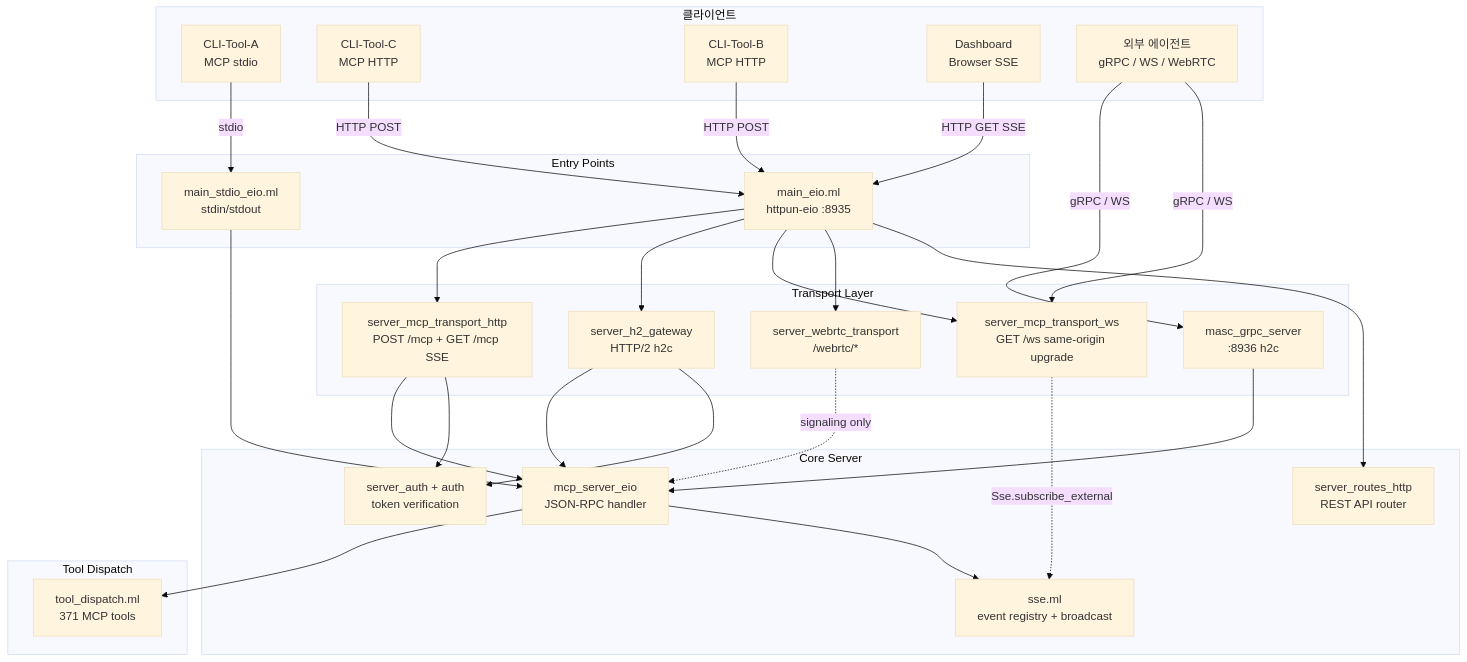
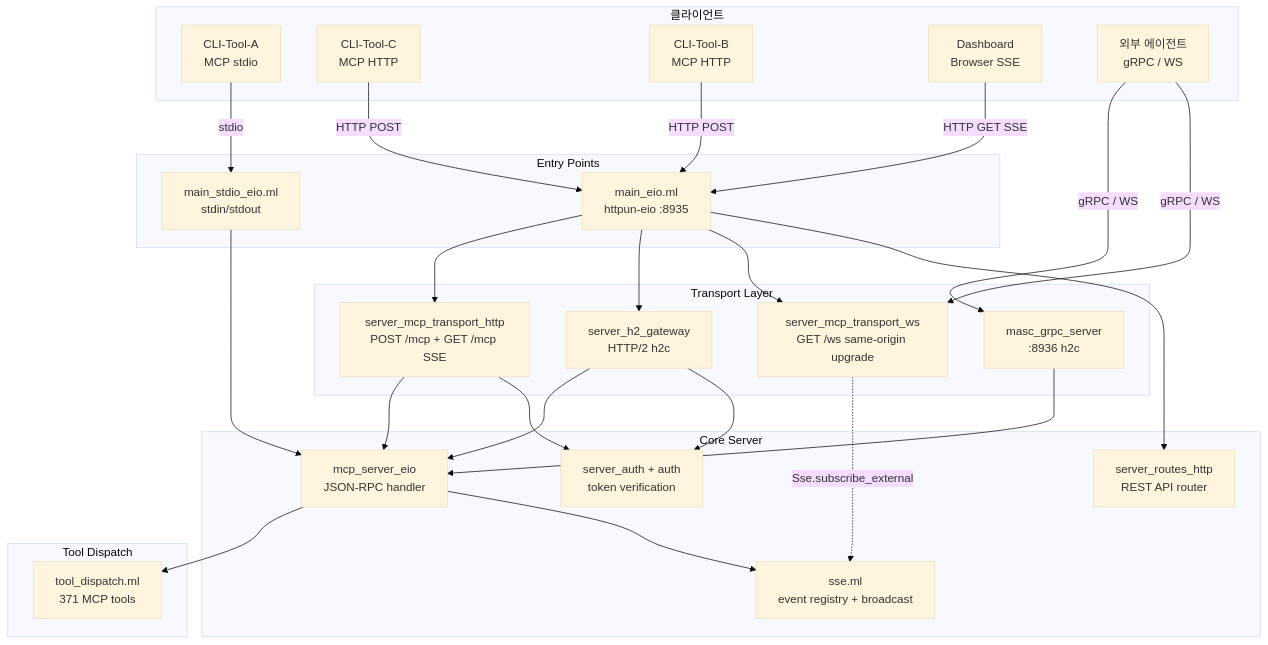
The first of 3 diagrams in docs/spec/09-server-transport.md (jeong-sik/masc), drawn with Mermaid (base theme) before and after one commit. The commit also changed other lines of this file and 74 other files, not shown here.

First line of the commit message:
refactor(transport): remove the WebRTC transport

````diff
--- a/docs/spec/09-server-transport.md
+++ b/docs/spec/09-server-transport.md
@@ -44,53 +44,51 @@
 ```mermaid
 graph TB
     subgraph Clients["클라이언트"]
         CC[CLI-Tool-A<br/>MCP stdio]
         GC[CLI-Tool-C<br/>MCP HTTP]
         CX[CLI-Tool-B<br/>MCP HTTP]
         DB[Dashboard<br/>Browser SSE]
-        EXT[외부 에이전트<br/>gRPC / WS / WebRTC]
+        EXT[외부 에이전트<br/>gRPC / WS]
     end
 
     subgraph EntryPoints["Entry Points"]
         STDIO[main_stdio_eio.ml<br/>stdin/stdout]
         HTTP[main_eio.ml<br/>httpun-eio :8935]
     end
 
     subgraph TransportLayer["Transport Layer"]
         MCP_HTTP[server_mcp_transport_http<br/>POST /mcp + GET /mcp SSE]
         H2_GW[server_h2_gateway<br/>HTTP/2 h2c]
         WS_T[server_mcp_transport_ws<br/>GET /ws same-origin upgrade]
         GRPC_S[masc_grpc_server<br/>:8936 h2c]
-        WEBRTC[server_webrtc_transport<br/>/webrtc/*]
     end
 
     subgraph CoreServer["Core Server"]
         MCP_EIO[mcp_server_eio<br/>JSON-RPC handler]
         SSE_MOD[sse.ml<br/>event registry + broadcast]
         AUTH[server_auth + auth<br/>token verification]
         ROUTES[server_routes_http<br/>REST API router]
     end
 
     subgraph Dispatch["Tool Dispatch"]
         TD[tool_dispatch.ml<br/>371 MCP tools]
     end
 
     CC -->|stdio| STDIO
     GC -->|HTTP POST| HTTP
     CX -->|HTTP POST| HTTP
     DB -->|HTTP GET SSE| HTTP
     EXT -->|gRPC / WS| GRPC_S & WS_T
 
     STDIO --> MCP_EIO
-    HTTP --> MCP_HTTP & H2_GW & WS_T & WEBRTC & ROUTES
+    HTTP --> MCP_HTTP & H2_GW & WS_T & ROUTES
     MCP_HTTP --> MCP_EIO
     H2_GW --> MCP_EIO
     WS_T -.->|Sse.subscribe_external| SSE_MOD
     GRPC_S --> MCP_EIO
-    WEBRTC -.->|signaling only| MCP_EIO
 
     MCP_EIO --> TD
     MCP_EIO --> SSE_MOD
     MCP_HTTP --> AUTH
     H2_GW --> AUTH
 ```
````
